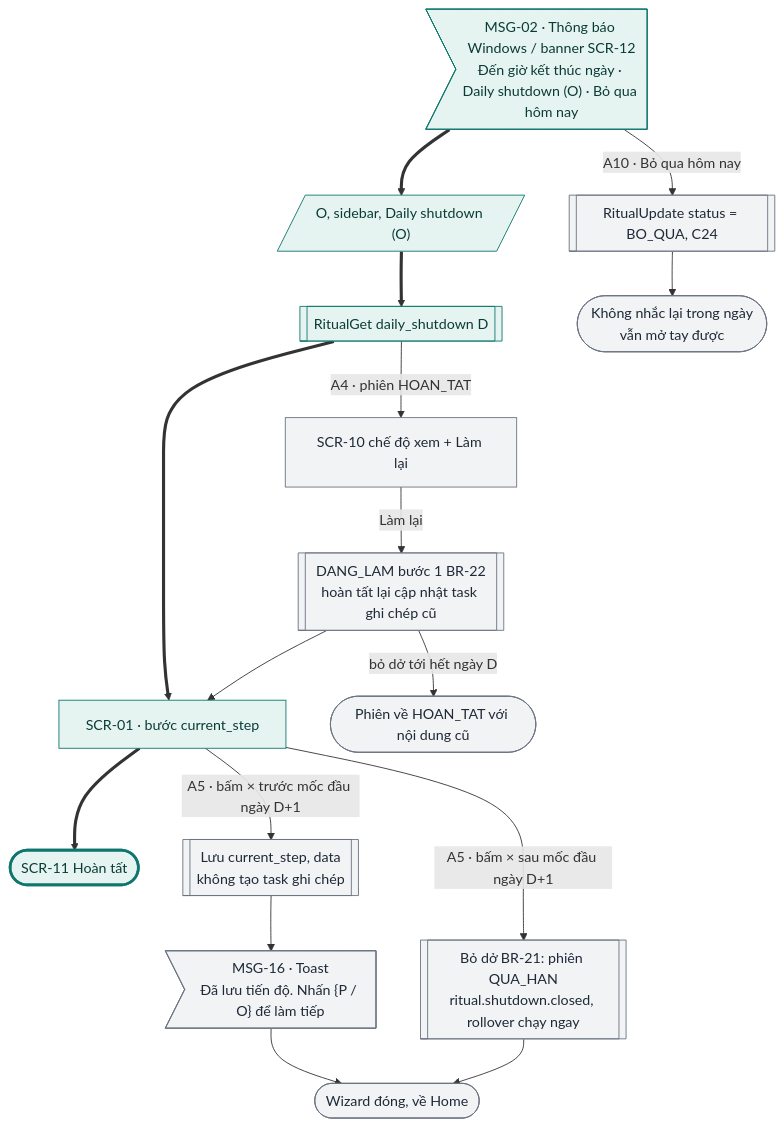
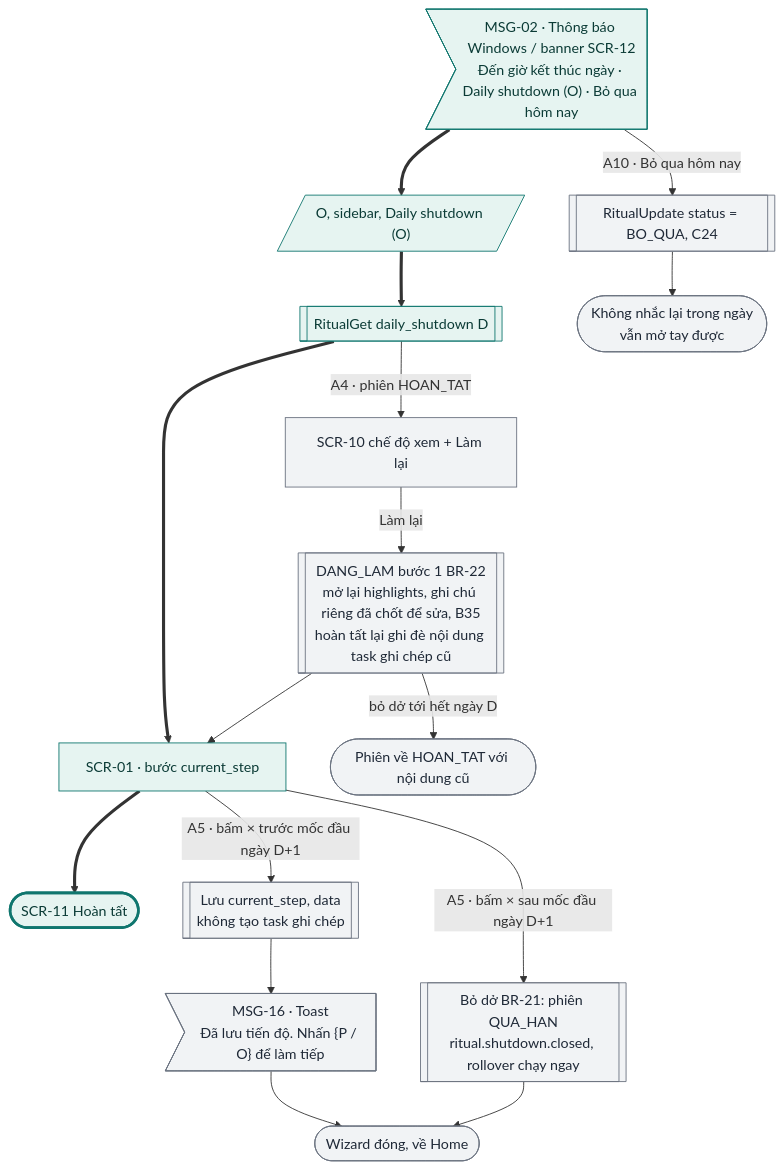
One commit to tannguyenho/personal-app changed the tenth of 18 diagrams in docs/design-brief/flow/g08-daily-rituals.md. Above: the diagram before and after it, drawn with Mermaid. The commit also changed other lines of this file and 5 other files, not shown here.

First line of the commit message:
docs(G08, G12): áp quyết định PO 09/11 vào SRS, PRD, flow

````diff
--- a/docs/design-brief/flow/g08-daily-rituals.md
+++ b/docs/design-brief/flow/g08-daily-rituals.md
@@ -448,34 +459,34 @@
 ```mermaid
 flowchart TD
   m02>"MSG-02 · Thông báo Windows / banner SCR-12<br/>Đến giờ kết thúc ngày · Daily shutdown (O) · Bỏ qua hôm nay"]
   u1[/"O, sidebar, Daily shutdown (O)"/]
   p1[["RitualGet daily_shutdown D"]]
   s1["SCR-01 · bước current_step"]
   ok(["SCR-11 Hoàn tất"])
   m02 ==> u1 ==> p1 ==> s1 ==> ok
 
   m02 -->|"A10 · Bỏ qua hôm nay"| a10[["RitualUpdate status = BO_QUA, C24"]]
   a10 --> a10e(["Không nhắc lại trong ngày<br/>vẫn mở tay được"])
   p1 -->|"A4 · phiên HOAN_TAT"| a4["SCR-10 chế độ xem + Làm lại"]
-  a4 -->|"Làm lại"| a4p[["DANG_LAM bước 1 BR-22<br/>hoàn tất lại cập nhật task ghi chép cũ"]]
+  a4 -->|"Làm lại"| a4p[["DANG_LAM bước 1 BR-22<br/>mở lại highlights, ghi chú riêng đã chốt để sửa, B35<br/>hoàn tất lại ghi đè nội dung task ghi chép cũ"]]
   a4p --> s1
   a4p -->|"bỏ dở tới hết ngày D"| a4r(["Phiên về HOAN_TAT với nội dung cũ"])
   s1 -->|"A5 · bấm × trước mốc đầu ngày D+1"| a5[["Lưu current_step, data<br/>không tạo task ghi chép"]]
   a5 --> a5m>"MSG-16 · Toast<br/>Đã lưu tiến độ. Nhấn {P / O} để làm tiếp"]
   a5m --> a5e(["Wizard đóng, về Home"])
   s1 -->|"A5 · bấm × sau mốc đầu ngày D+1"| a5b[["Bỏ dở BR-21: phiên QUA_HAN<br/>ritual.shutdown.closed, rollover chạy ngay"]]
   a5b --> a5e
 
   class m02,u1,p1,s1 happy
   class a10,a10e,a4,a4p,a4r,a5,a5m,a5e,a5b alt
   class ok done
   classDef happy fill:#E6F4F1,stroke:#0F766E,color:#0B3B36
   classDef alt fill:#F1F3F5,stroke:#6B7280,color:#1F2937
   classDef err fill:#FDECEC,stroke:#B42318,color:#5C1010
   classDef warn fill:#FEF4E2,stroke:#B45309,color:#4A2604
   classDef ai fill:#F1ECFD,stroke:#6D28D9,color:#2E1065
   classDef sync fill:#FFFFFF,stroke:#6B7280,stroke-dasharray:4 3,color:#1F2937
   classDef link fill:#FFFFFF,stroke:#0F766E,stroke-dasharray:4 3,color:#0B3B36
   classDef done fill:#E6F4F1,stroke:#0F766E,stroke-width:3px,color:#0B3B36
   classDef fail fill:#FDECEC,stroke:#B42318,stroke-width:3px,color:#5C1010
 ```
````
